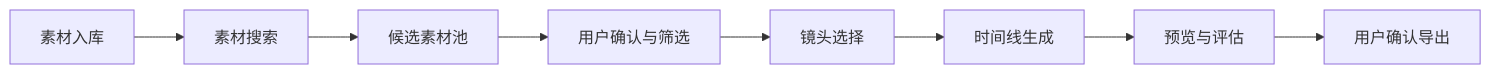
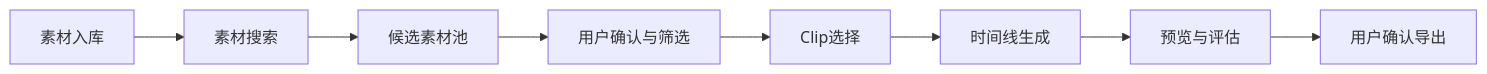
The second of 3 diagrams in 04_开源项目源码解析与设计指南.md (human-cosmos/search-rec-docs), drawn with Mermaid before and after one commit. The commit also changed other lines of this file and 14 other files, not shown here.

````diff
--- a/04_开源项目源码解析与设计指南.md
+++ b/04_开源项目源码解析与设计指南.md
@@ -2043,10 +2040,10 @@
 ```mermaid
 flowchart LR
     A[素材入库] --> B[素材搜索]
     B --> C[候选素材池]
     C --> D[用户确认与筛选]
-    D --> E[镜头选择]
+    D --> E[Clip选择]
     E --> F[时间线生成]
     F --> G[预览与评估]
     G --> H[用户确认导出]
 ```
````
